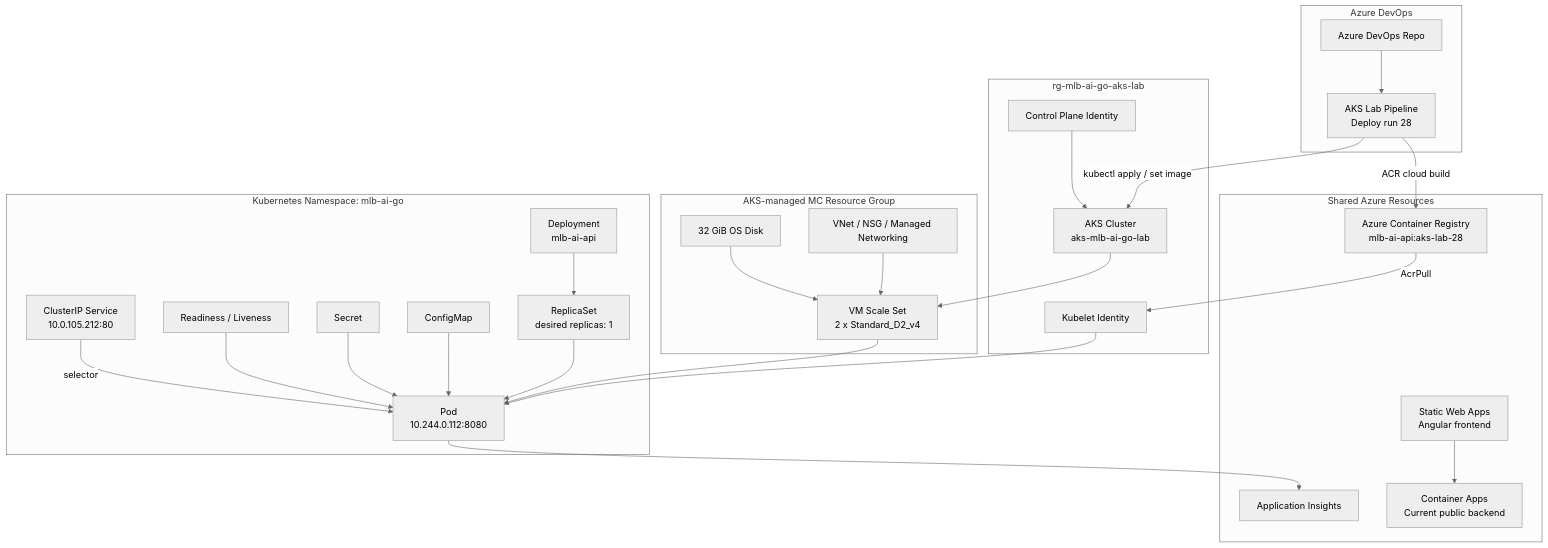
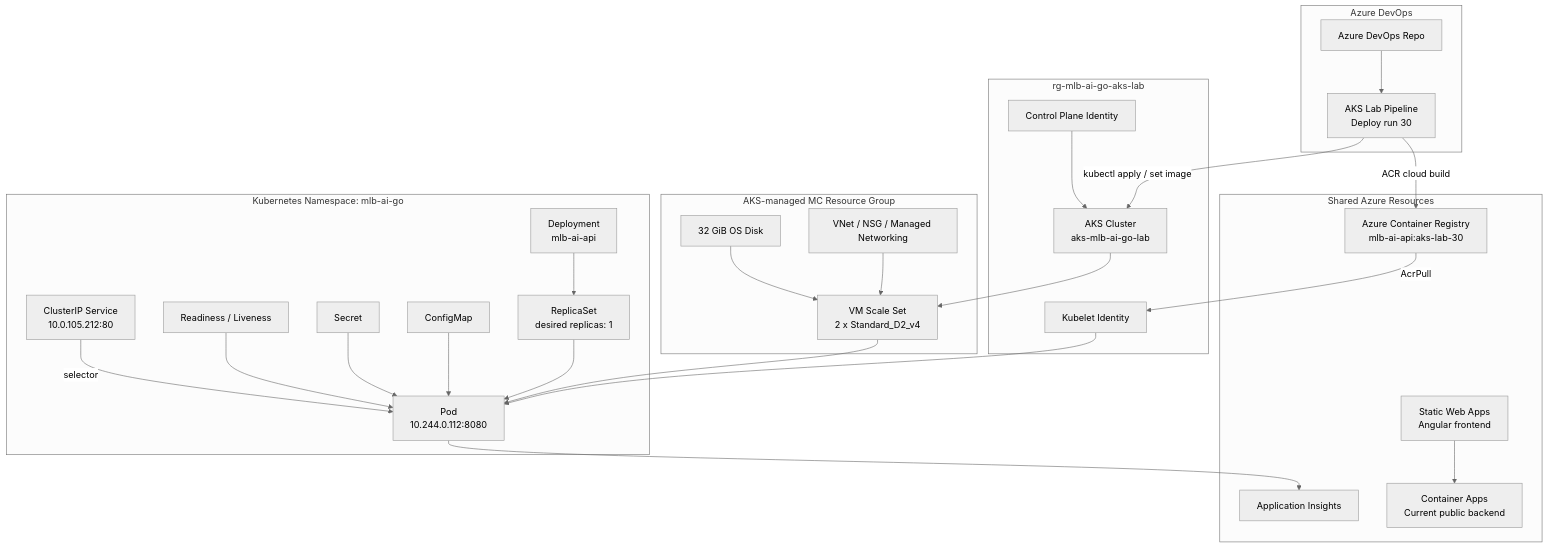
One commit to sungYiCheng/MLB changed the first of 3 diagrams in docs/kubernetes-runtime-lab.md. Above: the diagram before and after it, drawn with Mermaid (neutral theme). The commit also changed other lines of this file and 5 other files, not shown here.

````diff
--- a/docs/kubernetes-runtime-lab.md
+++ b/docs/kubernetes-runtime-lab.md
@@ -97,57 +97,57 @@
 ```mermaid
 flowchart TB
     subgraph Delivery[Azure DevOps]
         Repo[Azure DevOps Repo]
-        Pipeline[AKS Lab Pipeline<br/>Deploy run 28]
+        Pipeline[AKS Lab Pipeline<br/>Deploy run 30]
     end
 
     subgraph SharedAzure[Shared Azure Resources]
-        ACR[Azure Container Registry<br/>mlb-ai-api:aks-lab-28]
+        ACR[Azure Container Registry<br/>mlb-ai-api:aks-lab-30]
         AppInsights[Application Insights]
         SWA[Static Web Apps<br/>Angular frontend]
         ContainerApp[Container Apps<br/>Current public backend]
     end
 
     subgraph AKSResourceGroup[rg-mlb-ai-go-aks-lab]
         AKS[AKS Cluster<br/>aks-mlb-ai-go-lab]
         ControlIdentity[Control Plane Identity]
         KubeletIdentity[Kubelet Identity]
     end
 
     subgraph NodeResourceGroup[AKS-managed MC Resource Group]
         VMSS[VM Scale Set<br/>2 x Standard_D2_v4]
         Network[VNet / NSG / Managed Networking]
         Disk[32 GiB OS Disk]
     end
 
     subgraph Kubernetes[Kubernetes Namespace: mlb-ai-go]
         Deployment[Deployment<br/>mlb-ai-api]
         ReplicaSet[ReplicaSet<br/>desired replicas: 1]
         Pod[Pod<br/>10.244.0.112:8080]
         Service[ClusterIP Service<br/>10.0.105.212:80]
         ConfigMap[ConfigMap]
         Secret[Secret]
         Probes[Readiness / Liveness]
     end
 
     Repo --> Pipeline
     Pipeline -->|ACR cloud build| ACR
     Pipeline -->|kubectl apply / set image| AKS
     ACR -->|AcrPull| KubeletIdentity
     KubeletIdentity --> Pod
     ControlIdentity --> AKS
     AKS --> VMSS
     VMSS --> Pod
     Network --> VMSS
     Disk --> VMSS
 
     Deployment --> ReplicaSet
     ReplicaSet --> Pod
     ConfigMap --> Pod
     Secret --> Pod
     Probes --> Pod
     Service -->|selector| Pod
     Pod --> AppInsights
 
     SWA --> ContainerApp
 ```
````
